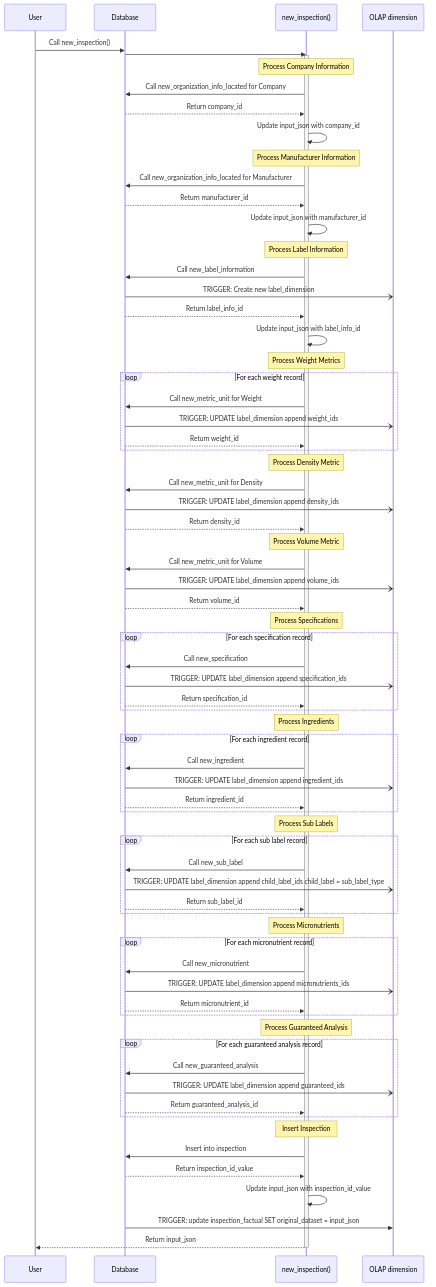
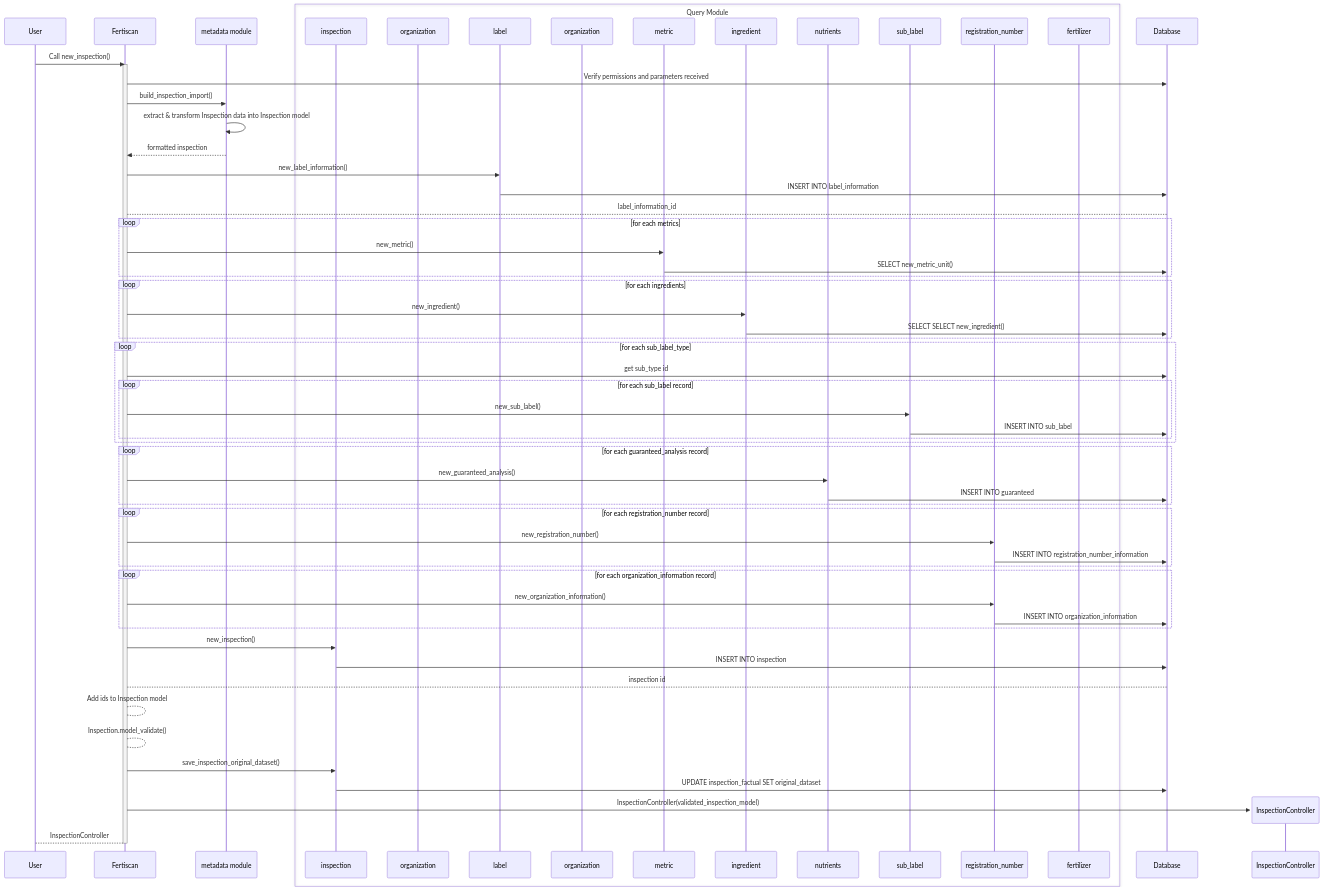
Before and after one commit to ai-cfia/ailab-datastore: the third of 3 diagrams in fertiscan/doc/new-inspection.md, drawn with Mermaid. The commit also changed other lines of this file, not shown here.

Commit message:
Issue #224: update Fertiscan doc

````diff
--- a/fertiscan/doc/new-inspection.md
+++ b/fertiscan/doc/new-inspection.md
@@ -257,92 +197,81 @@
 sequenceDiagram
 
     participant User
-  
+    participant FS as Fertiscan
+    participant data as metadata module
+    box Query Module
+    participant Qins as inspection
+    participant organization
+    participant Qlabel as label
+    participant Qorg as organization
+    participant Qm as metric
+    participant Qi as ingredient
+    participant Qga as nutrients
+    participant Qsl as sub_label
+    participant Qrg as registration_number
+    participant Qf as fertilizer
+    end
     participant DB as Database
-    participant Function as new_inspection()
-    participant olap as OLAP dimension
 
-    links olap: {"Inspection_Factual": "","Label_Dimension": "","Time_Dimension": ""}
+    User->>FS: Call new_inspection() 
+    activate FS
 
-    User->>DB: Call new_inspection()
-    DB ->> Function: 
-    activate Function
+    FS ->>DB: Verify permissions and parameters received
 
-    Note over Function: Process Company Information
-    Function->>DB: Call new_organization_info_located for Company
-    DB-->>Function: Return company_id
-    Function->>Function: Update input_json with company_id
+    FS ->> data: build_inspection_import()
+    data ->> data: extract & transform Inspection data into Inspection model
+    data -->>FS: formatted inspection
 
-    Note over Function: Process Manufacturer Information
-    Function->>DB: Call new_organization_info_located for Manufacturer
-    DB-->>Function: Return manufacturer_id
-    Function->>Function: Update input_json with manufacturer_id
+    FS ->> Qlabel: new_label_information()
+    Qlabel ->>DB: INSERT INTO label_information
+    DB --> FS: label_information_id
 
-    Note over Function: Process Label Information
-    Function->>DB: Call new_label_information
-    DB -) olap: TRIGGER: Create new label_dimension
-    DB-->>Function: Return label_info_id
-    Function->>Function: Update input_json with label_info_id
-
-    Note over Function: Process Weight Metrics
-    loop For each weight record
-        Function->>DB: Call new_metric_unit for Weight
-        DB -) olap: TRIGGER: UPDATE label_dimension append weight_ids
-        DB-->>Function: Return weight_id
+    loop for each metrics
+      FS ->> Qm: new_metric()
+      Qm ->>DB: SELECT new_metric_unit()
     end
 
-    Note over Function: Process Density Metric
-    Function->>DB: Call new_metric_unit for Density
-    DB -) olap: TRIGGER: UPDATE label_dimension append density_ids
-    DB-->>Function: Return density_id
-
-    Note over Function: Process Volume Metric
-    Function->>DB: Call new_metric_unit for Volume
-    DB -) olap: TRIGGER: UPDATE label_dimension append volume_ids
-    DB-->>Function: Return volume_id
-
-    Note over Function: Process Specifications
-    loop For each specification record
-        Function->>DB: Call new_specification
-        DB -) olap: TRIGGER: UPDATE label_dimension append specification_ids
-        DB-->>Function: Return specification_id
+    loop for each ingredients
+      FS ->> Qi: new_ingredient()
+      Qi ->>DB: SELECT SELECT new_ingredient()
     end
 
-    Note over Function: Process Ingredients
-    loop For each ingredient record
-        Function->>DB: Call new_ingredient
-        DB -) olap: TRIGGER: UPDATE label_dimension append ingredient_ids
-        DB-->>Function: Return ingredient_id
+    loop for each sub_label_type
+      FS ->>DB: get sub_type id
+      loop for each sub_label record
+        FS ->> Qsl: new_sub_label()
+        Qsl ->>DB: INSERT INTO sub_label
+      end
     end
 
-    Note over Function: Process Sub Labels
-    loop For each sub label record
-        Function->>DB: Call new_sub_label
-        DB -) olap: TRIGGER: UPDATE label_dimension append child_label_ids child_label = sub_label_type
-        DB-->>Function: Return sub_label_id
+    loop for each guaranteed_analysis record
+      FS ->> Qga: new_guaranteed_analysis()
+      Qga ->>DB: INSERT INTO guaranteed
     end
 
-    Note over Function: Process Micronutrients
-    loop For each micronutrient record
-        Function->>DB: Call new_micronutrient
-        DB -) olap: TRIGGER: UPDATE label_dimension append micronutrients_ids
-        DB-->>Function: Return micronutrient_id
+    loop for each registration_number record
+      FS ->> Qrg: new_registration_number()
+      Qrg ->>DB: INSERT INTO registration_number_information
     end
 
-    Note over Function: Process Guaranteed Analysis
-    loop For each guaranteed analysis record
-        Function->>DB: Call new_guaranteed_analysis
-        DB -) olap: TRIGGER: UPDATE label_dimension append guaranteed_ids
-        DB-->>Function: Return guaranteed_analysis_id
+    loop for each organization_information record
+      FS ->> Qrg: new_organization_information()
+      Qrg ->>DB: INSERT INTO organization_information
     end
 
-    Note over Function: Insert Inspection
-    Function->>DB: Insert into inspection
-    DB-->>Function: Return inspection_id_value
-    Function->>Function: Update input_json with inspection_id_value
+    FS ->> Qins: new_inspection()
+    Qins ->>DB: INSERT INTO inspection
+    DB--> FS: inspection id
 
-    DB->>olap: TRIGGER: update inspection_factual SET original_dataset = input_json
+    FS --> FS: Add ids to Inspection model
+    FS --> FS: Inspection.model_validate()
 
-    Function-->>User: Return input_json
-    deactivate Function
+    FS ->>Qins: save_inspection_original_dataset()
+    Qins ->> DB: UPDATE inspection_factual SET original_dataset
+
+    create participant IC as InspectionController
+    FS ->> IC: InspectionController(validated_inspection_model)
+    FS-->User: InspectionController
+
+    deactivate FS
 ```
````
